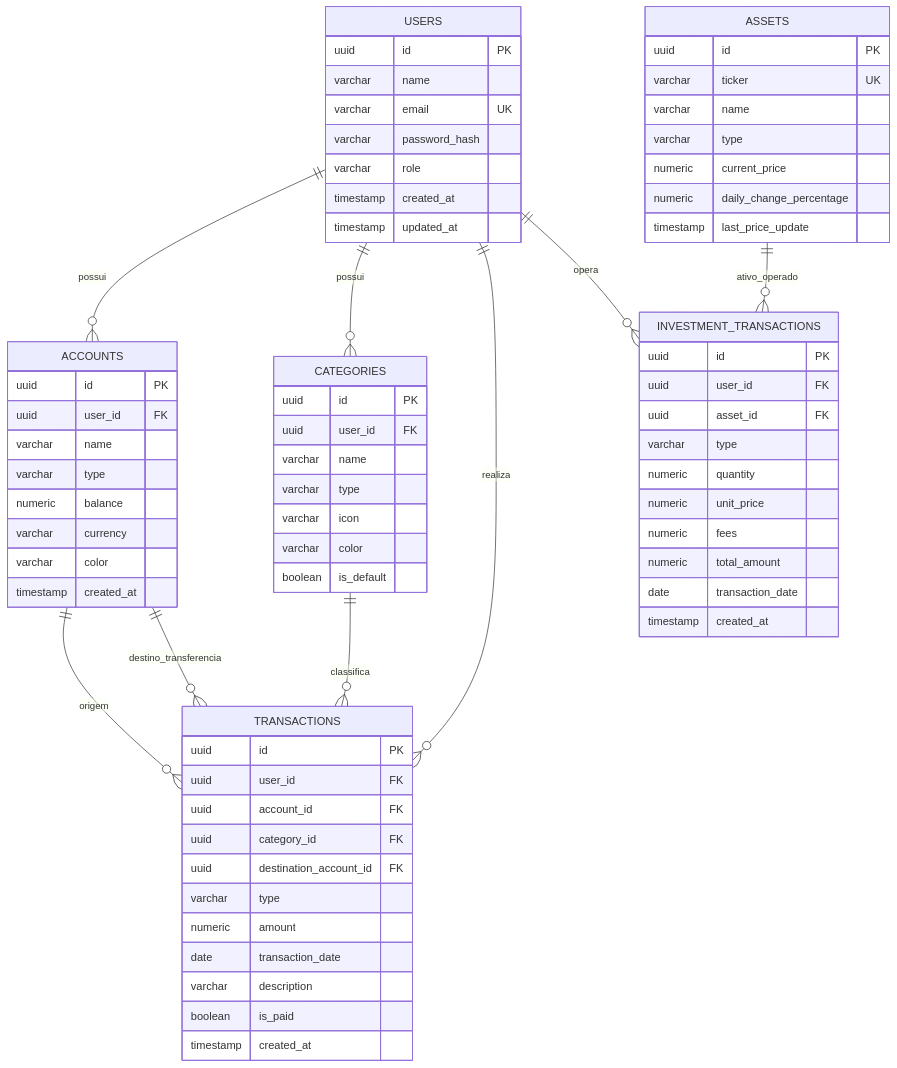
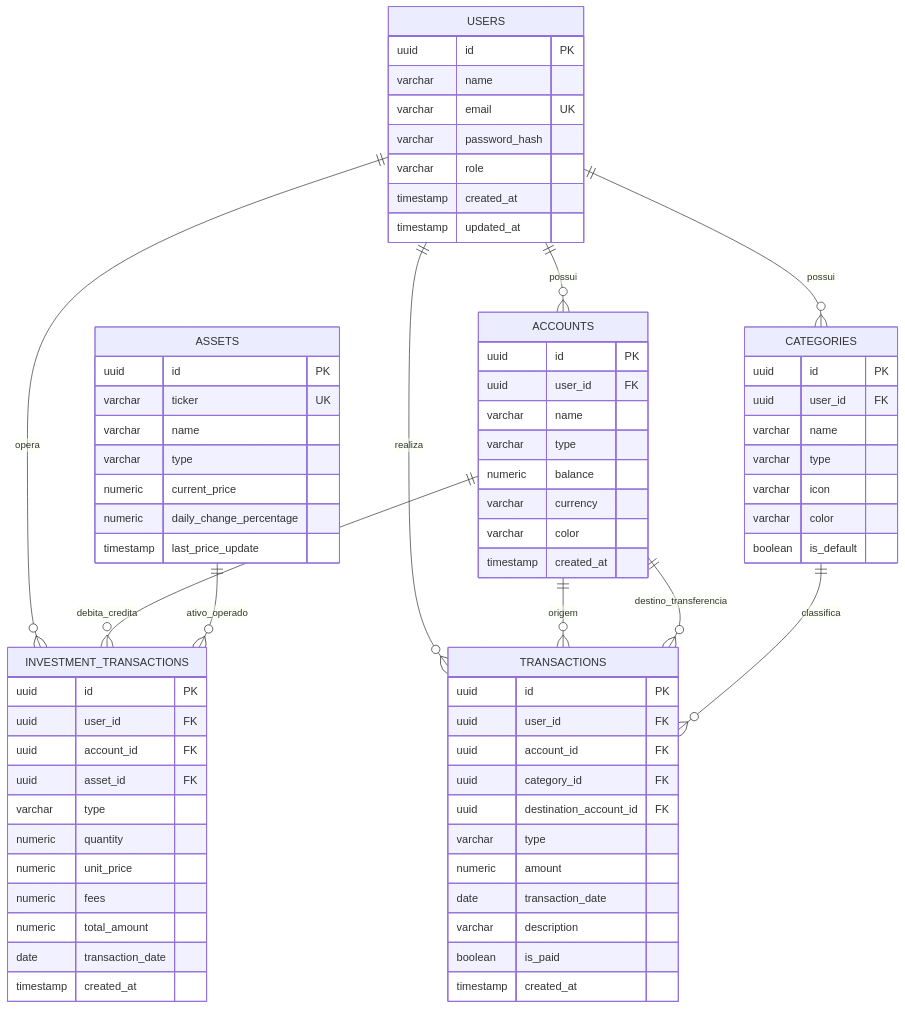
One commit to MatheusGasco/gestao-financeira changed the diagram in SPEC_GESTAO_FINANCEIRA.md. Above: the diagram before and after it, drawn with Mermaid. The commit also changed other lines of this file and 13 other files, not shown here.

````diff
--- a/SPEC_GESTAO_FINANCEIRA.md
+++ b/SPEC_GESTAO_FINANCEIRA.md
@@ -55,80 +55,82 @@
 ```mermaid
 erDiagram
     USERS ||--o{ ACCOUNTS : "possui"
     USERS ||--o{ CATEGORIES : "possui"
     USERS ||--o{ TRANSACTIONS : "realiza"
     USERS ||--o{ INVESTMENT_TRANSACTIONS : "opera"
+    ACCOUNTS ||--o{ INVESTMENT_TRANSACTIONS : "debita_credita"
     
     ACCOUNTS ||--o{ TRANSACTIONS : "origem"
     ACCOUNTS ||--o{ TRANSACTIONS : "destino_transferencia"
     CATEGORIES ||--o{ TRANSACTIONS : "classifica"
     ASSETS ||--o{ INVESTMENT_TRANSACTIONS : "ativo_operado"
 
     USERS {
         uuid id PK
         varchar name
         varchar email UK
         varchar password_hash
         varchar role
         timestamp created_at
         timestamp updated_at
     }
 
     ACCOUNTS {
         uuid id PK
         uuid user_id FK
         varchar name
         varchar type
         numeric balance
         varchar currency
         varchar color
         timestamp created_at
     }
 
     CATEGORIES {
         uuid id PK
         uuid user_id FK
         varchar name
         varchar type
         varchar icon
         varchar color
         boolean is_default
     }
 
     TRANSACTIONS {
         uuid id PK
         uuid user_id FK
         uuid account_id FK
         uuid category_id FK
         uuid destination_account_id FK
         varchar type
         numeric amount
         date transaction_date
         varchar description
         boolean is_paid
         timestamp created_at
     }
 
     ASSETS {
         uuid id PK
         varchar ticker UK
         varchar name
         varchar type
         numeric current_price
         numeric daily_change_percentage
         timestamp last_price_update
     }
 
     INVESTMENT_TRANSACTIONS {
         uuid id PK
         uuid user_id FK
+        uuid account_id FK
         uuid asset_id FK
         varchar type
         numeric quantity
         numeric unit_price
         numeric fees
         numeric total_amount
         date transaction_date
         timestamp created_at
     }
 ```
````
